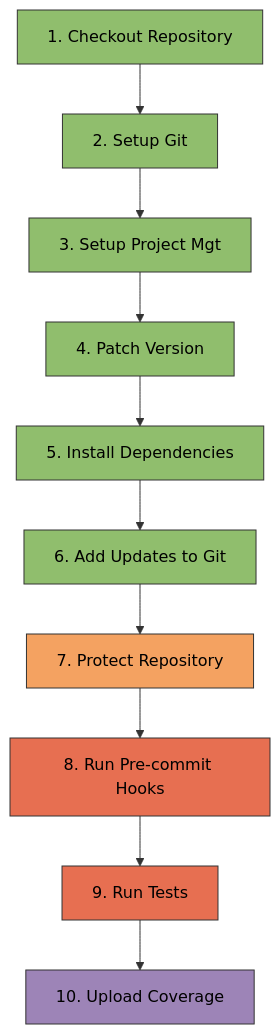
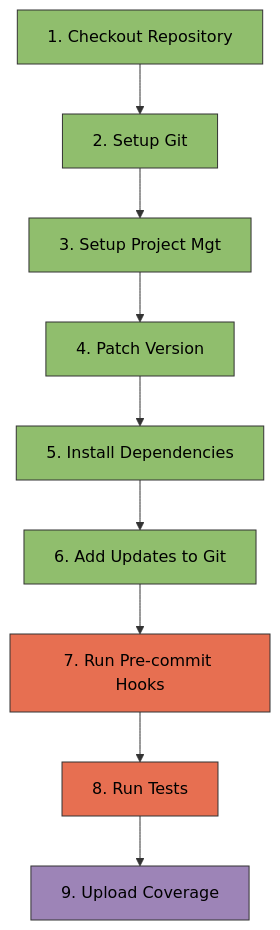
Before and after one commit to Winipedia/py-dev: the second of 2 diagrams in docs/configs/workflows/health_check.md, drawn with Mermaid. The commit also changed other lines of this file and 48 other files, not shown here.

````diff
--- a/docs/configs/workflows/health_check.md
+++ b/docs/configs/workflows/health_check.md
@@ -86,23 +128,21 @@
 ```mermaid
 graph TD
     S1[1. Checkout Repository] --> S2[2. Setup Git]
     S2 --> S3[3. Setup Project Mgt]
     S3 --> S4[4. Patch Version]
     S4 --> S5[5. Install Dependencies]
     S5 --> S6[6. Add Updates to Git]
-    S6 --> S7[7. Protect Repository]
-    S7 --> S8[8. Run Pre-commit Hooks]
-    S8 --> S9[9. Run Tests]
-    S9 --> S10[10. Upload Coverage]
+    S6 --> S7[7. Run Pre-commit Hooks]
+    S7 --> S8[8. Run Tests]
+    S8 --> S9[9. Upload Coverage]
 
     style S1 fill:#90be6d,stroke:#333,stroke-width:1px,color:#000
     style S2 fill:#90be6d,stroke:#333,stroke-width:1px,color:#000
     style S3 fill:#90be6d,stroke:#333,stroke-width:1px,color:#000
     style S4 fill:#90be6d,stroke:#333,stroke-width:1px,color:#000
     style S5 fill:#90be6d,stroke:#333,stroke-width:1px,color:#000
     style S6 fill:#90be6d,stroke:#333,stroke-width:1px,color:#000
-    style S7 fill:#f4a261,stroke:#333,stroke-width:1px,color:#000
+    style S7 fill:#e76f51,stroke:#333,stroke-width:1px,color:#000
     style S8 fill:#e76f51,stroke:#333,stroke-width:1px,color:#000
-    style S9 fill:#e76f51,stroke:#333,stroke-width:1px,color:#000
-    style S10 fill:#9d84b7,stroke:#333,stroke-width:1px,color:#000
+    style S9 fill:#9d84b7,stroke:#333,stroke-width:1px,color:#000
 ```
````
